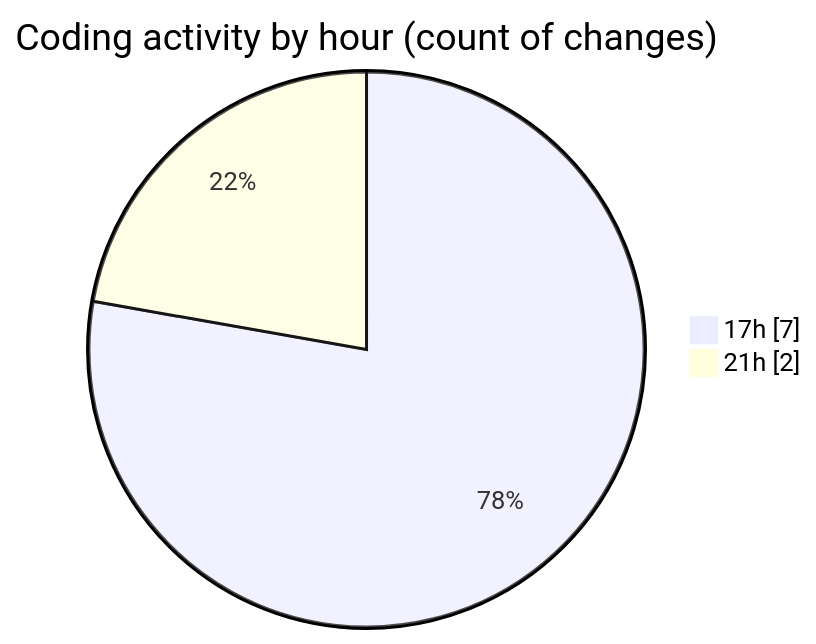
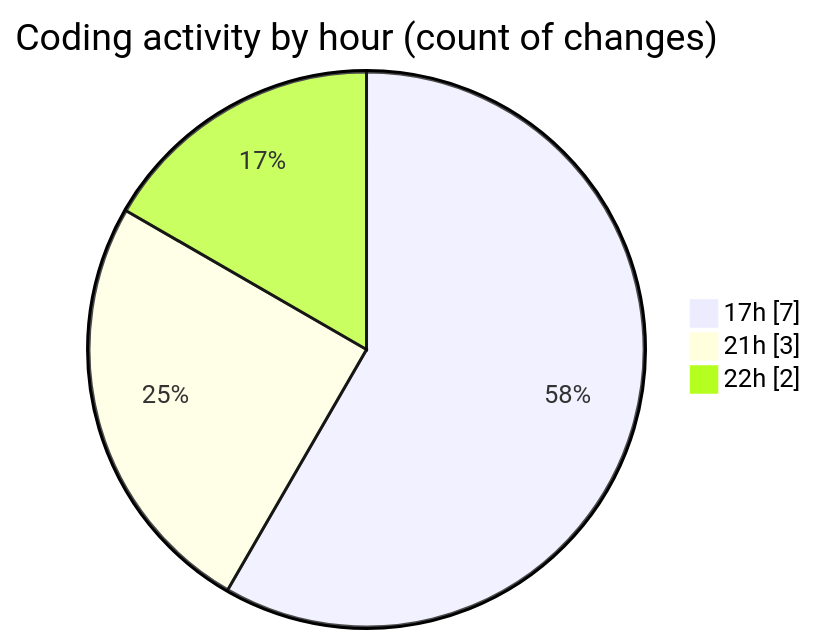
One commit to lephambinh05/code-tracking changed the second of 2 diagrams in 2025-09-12/datanv/README.md. Above: the diagram before and after it, drawn with Mermaid. The commit also changed other lines of this file and 1 other file, not shown here.

````diff
--- a/2025-09-12/datanv/README.md
+++ b/2025-09-12/datanv/README.md
@@ -33,6 +33,7 @@
 ```mermaid
 pie showData
 title Coding activity by hour (count of changes)
 "17h" : 7
-"21h" : 2
+"21h" : 3
+"22h" : 2
 ```
````
